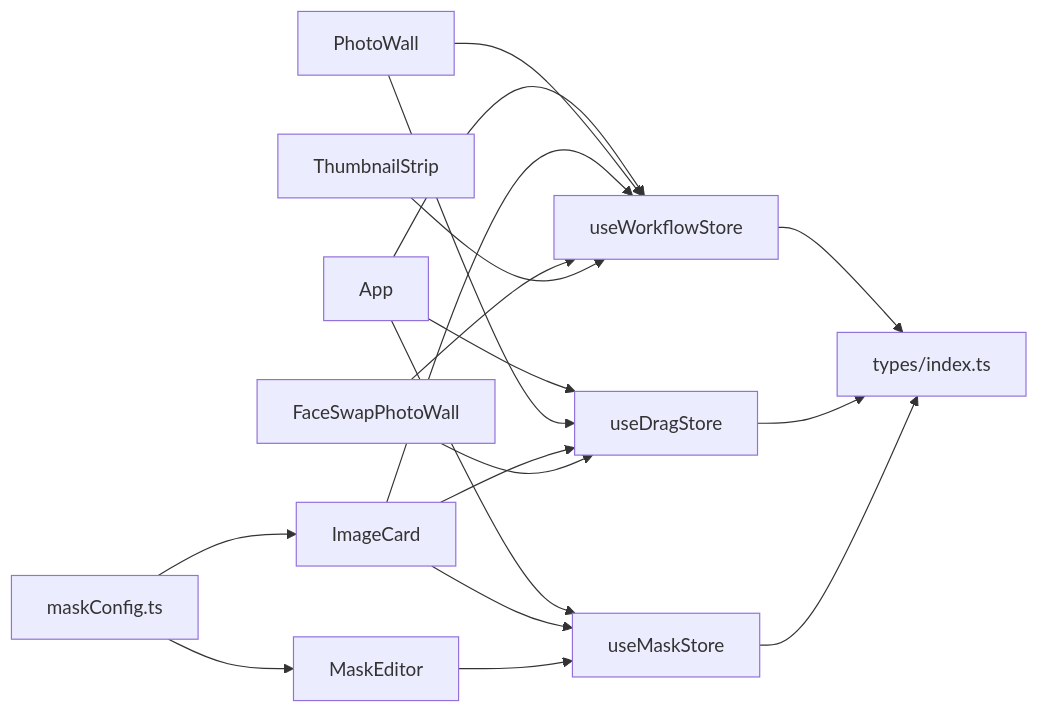
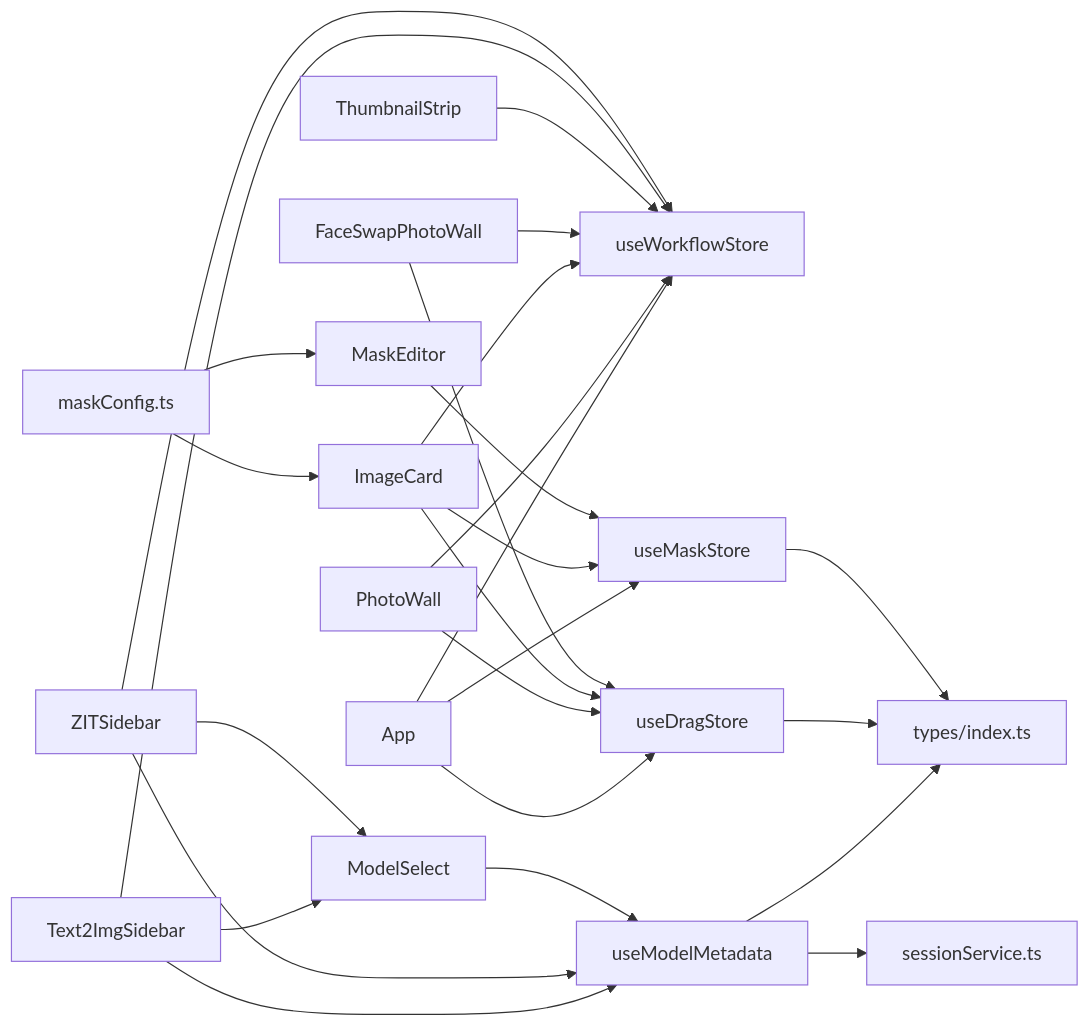
One commit to billye220670/CorineKit_Pix2Real changed the tenth of 10 diagrams in .qoder/repowiki/zh/content/前端应用/React 组件体系.md. Above: the diagram before and after it, drawn with Mermaid. The commit also changed other lines of this file and 43 other files, not shown here.

````diff
--- a/.qoder/repowiki/zh/content/前端应用/React 组件体系.md
+++ b/.qoder/repowiki/zh/content/前端应用/React 组件体系.md
@@ -349,20 +478,28 @@
 ```mermaid
 graph LR
 APP["App"] --> WFS["useWorkflowStore"]
 APP --> DRAG["useDragStore"]
 APP --> MASK["useMaskStore"]
 PW["PhotoWall"] --> WFS
 PW --> DRAG
 IC["ImageCard"] --> WFS
 IC --> DRAG
 IC --> MASK
 FSPW["FaceSwapPhotoWall"] --> WFS
 FSPW --> DRAG
 TS["ThumbnailStrip"] --> WFS
 ME["MaskEditor"] --> MASK
-WFS --> TYPES["types/index.ts"]
+T2IS["Text2ImgSidebar"] --> WFS
+T2IS --> MM["useModelMetadata"]
+T2IS --> MS["ModelSelect"]
+ZITS["ZITSidebar"] --> WFS
+ZITS --> MM
+ZITS --> MS
+MS --> MM
+MM --> TYPES["types/index.ts"]
+MM --> SS["sessionService.ts"]
 DRAG --> TYPES
 MASK --> TYPES
 CONFIG["maskConfig.ts"] --> IC
 CONFIG --> ME
 ```
````
